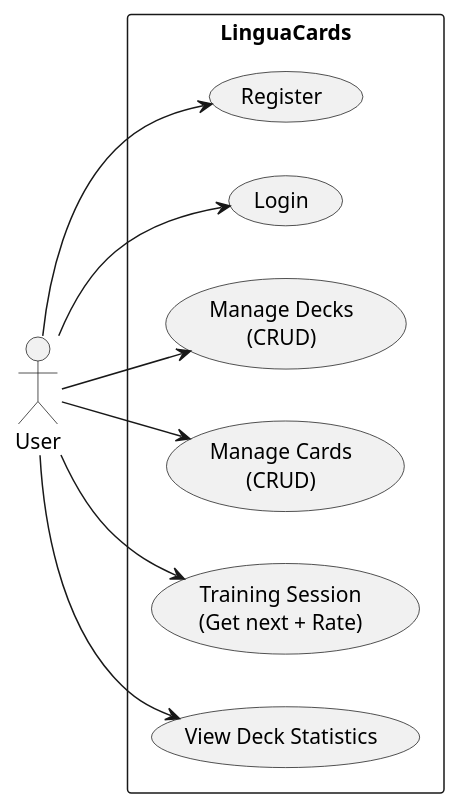
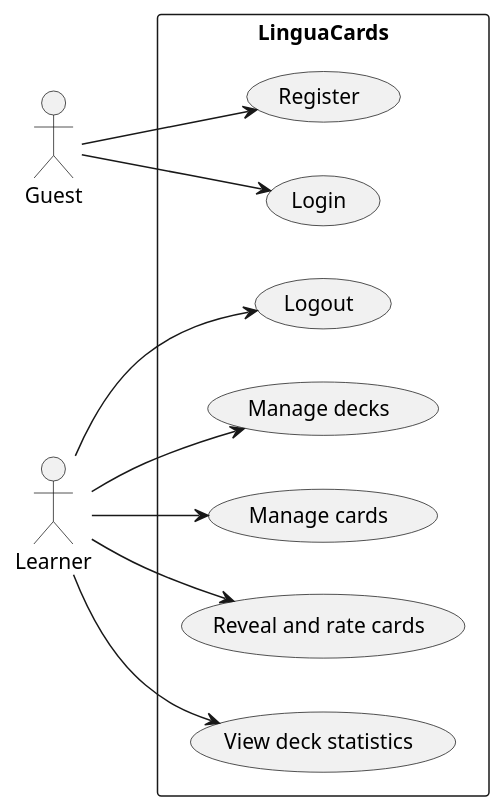
One commit to savychev/intec-ep-linguacards changed the diagram in docs/uml/use-cases.puml. Above: the diagram before and after it, drawn with PlantUML. The commit also changed 21 other files, not shown here.

```diff
--- a/docs/uml/use-cases.puml
+++ b/docs/uml/use-cases.puml
@@ -1,21 +1,25 @@
 @startuml
 left to right direction
 
-actor "User" as U
+actor Guest
+actor Learner
 
-rectangle "LinguaCards" {
-  usecase "Register" as UC1
-  usecase "Login" as UC2
-  usecase "Manage Decks\n(CRUD)" as UC3
-  usecase "Manage Cards\n(CRUD)" as UC4
-  usecase "Training Session\n(Get next + Rate)" as UC5
-  usecase "View Deck Statistics" as UC6
+rectangle LinguaCards {
+  usecase "Register" as Register
+  usecase "Login" as Login
+  usecase "Logout" as Logout
+  usecase "Manage decks" as Decks
+  usecase "Manage cards" as Cards
+  usecase "Reveal and rate cards" as Training
+  usecase "View deck statistics" as Statistics
 }
 
-U --> UC1
-U --> UC2
-U --> UC3
-U --> UC4
-U --> UC5
-U --> UC6
+Guest --> Register
+Guest --> Login
+Learner --> Logout
+Learner --> Decks
+Learner --> Cards
+Learner --> Training
+Learner --> Statistics
+
 @enduml
```
